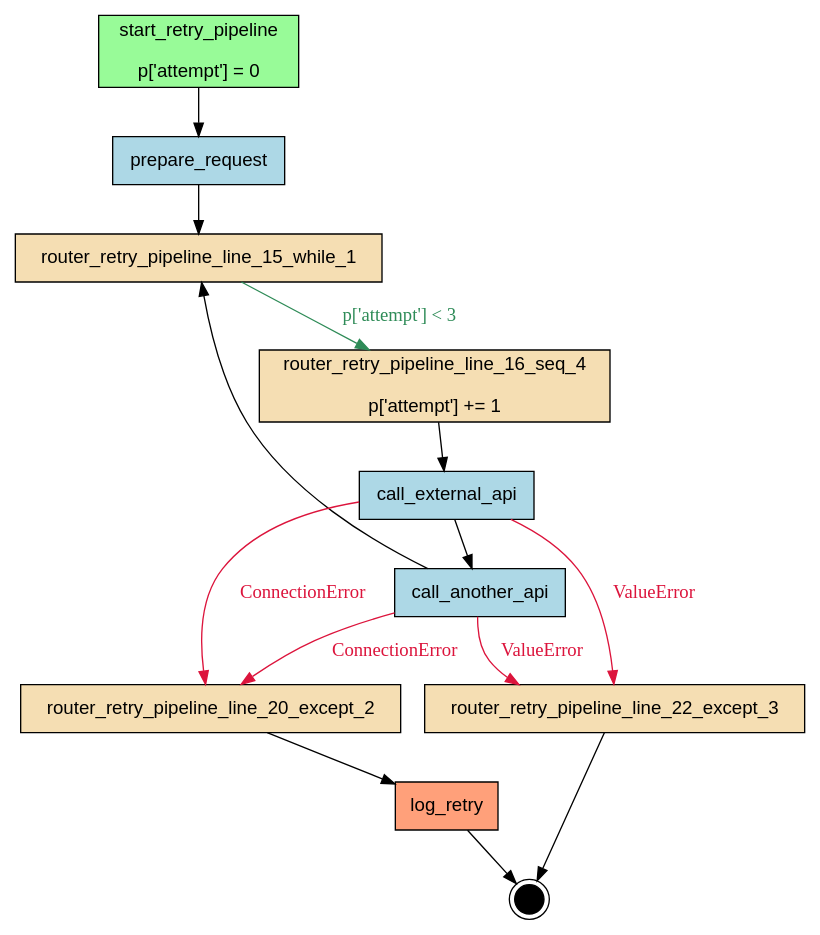
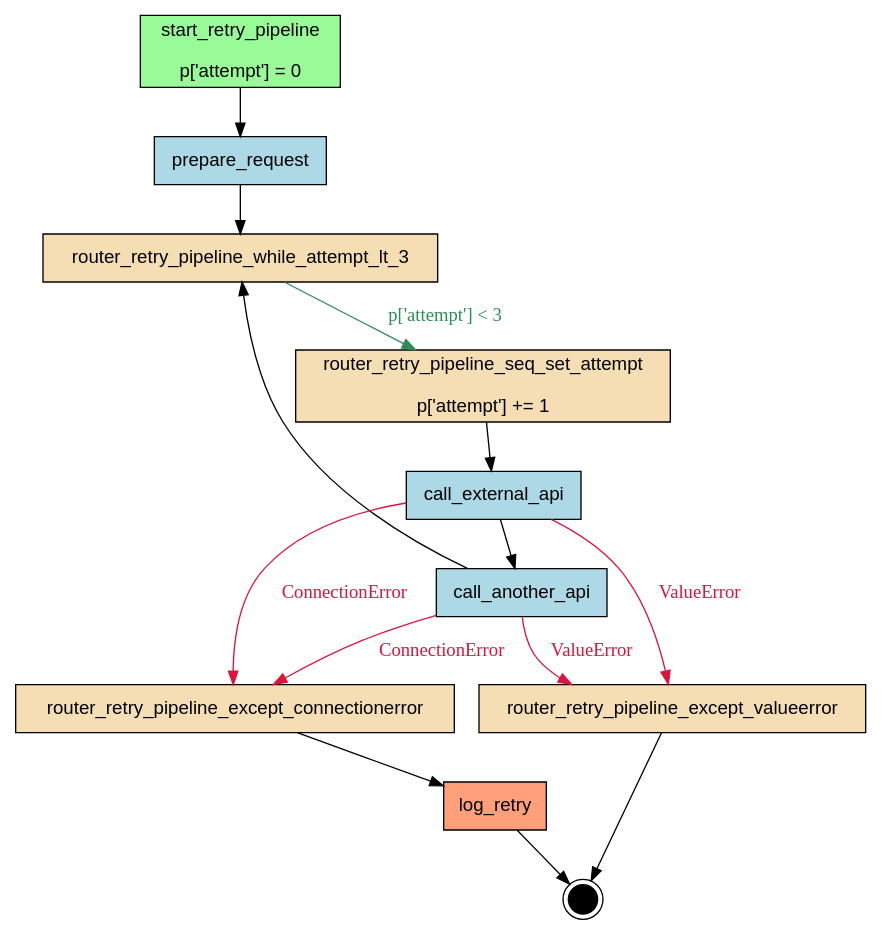
One commit to deliveryhero/asya changed the diagram in examples/flows/compiled/try_except_retry_loop/flow.dot. Above: the diagram before and after it, drawn with Graphviz. The commit also changed 1078 other files, not shown here.

First line of the commit message:
feat(compiler): semantic router naming — AST-based instead of line-number-based [tos9]

```diff
--- a/examples/flows/compiled/try_except_retry_loop/flow.dot
+++ b/examples/flows/compiled/try_except_retry_loop/flow.dot
@@ -1,32 +1,32 @@
 digraph "retry_pipeline" {
     rankdir=TB;
     node [shape=box, style=filled, fontname="Helvetica"];
 
     { rank=source; start_retry_pipeline; }
 
     call_another_api [label="call_another_api", fillcolor=lightblue];
     call_external_api [label="call_external_api", fillcolor=lightblue];
     log_retry [label="log_retry", fillcolor=lightsalmon];
     prepare_request [label="prepare_request", fillcolor=lightblue];
-    router_retry_pipeline_line_15_while_1 [label="router_retry_pipeline_line_15_while_1", fillcolor=wheat];
-    router_retry_pipeline_line_16_seq_4 [label="router_retry_pipeline_line_16_seq_4\n\np['attempt'] += 1", fillcolor=wheat];
-    router_retry_pipeline_line_20_except_2 [label="router_retry_pipeline_line_20_except_2", fillcolor=wheat];
-    router_retry_pipeline_line_22_except_3 [label="router_retry_pipeline_line_22_except_3", fillcolor=wheat];
+    router_retry_pipeline_except_connectionerror [label="router_retry_pipeline_except_connectionerror", fillcolor=wheat];
+    router_retry_pipeline_except_valueerror [label="router_retry_pipeline_except_valueerror", fillcolor=wheat];
+    router_retry_pipeline_seq_set_attempt [label="router_retry_pipeline_seq_set_attempt\n\np['attempt'] += 1", fillcolor=wheat];
+    router_retry_pipeline_while_attempt_lt_3 [label="router_retry_pipeline_while_attempt_lt_3", fillcolor=wheat];
     start_retry_pipeline [label="start_retry_pipeline\n\np['attempt'] = 0", fillcolor=palegreen];
 
     __end__ [label="", shape=doublecircle, fillcolor=black, width=0.3, fixedsize=true];
 
     start_retry_pipeline -> prepare_request;
-    prepare_request -> router_retry_pipeline_line_15_while_1;
-    router_retry_pipeline_line_20_except_2 -> log_retry;
-    router_retry_pipeline_line_16_seq_4 -> call_external_api;
+    prepare_request -> router_retry_pipeline_while_attempt_lt_3;
+    router_retry_pipeline_except_connectionerror -> log_retry;
+    router_retry_pipeline_seq_set_attempt -> call_external_api;
     call_external_api -> call_another_api;
-    router_retry_pipeline_line_15_while_1 -> router_retry_pipeline_line_16_seq_4 [label="p['attempt'] < 3", color="#2E8B57", fontcolor="#2E8B57"];
-    call_external_api -> router_retry_pipeline_line_20_except_2 [label="ConnectionError", color="#DC143C", fontcolor="#DC143C"];
-    call_external_api -> router_retry_pipeline_line_22_except_3 [label="ValueError", color="#DC143C", fontcolor="#DC143C"];
-    call_another_api -> router_retry_pipeline_line_20_except_2 [label="ConnectionError", color="#DC143C", fontcolor="#DC143C"];
-    call_another_api -> router_retry_pipeline_line_22_except_3 [label="ValueError", color="#DC143C", fontcolor="#DC143C"];
-    call_another_api -> router_retry_pipeline_line_15_while_1;
+    router_retry_pipeline_while_attempt_lt_3 -> router_retry_pipeline_seq_set_attempt [label="p['attempt'] < 3", color="#2E8B57", fontcolor="#2E8B57"];
+    call_external_api -> router_retry_pipeline_except_connectionerror [label="ConnectionError", color="#DC143C", fontcolor="#DC143C"];
+    call_external_api -> router_retry_pipeline_except_valueerror [label="ValueError", color="#DC143C", fontcolor="#DC143C"];
+    call_another_api -> router_retry_pipeline_except_connectionerror [label="ConnectionError", color="#DC143C", fontcolor="#DC143C"];
+    call_another_api -> router_retry_pipeline_except_valueerror [label="ValueError", color="#DC143C", fontcolor="#DC143C"];
+    call_another_api -> router_retry_pipeline_while_attempt_lt_3;
     log_retry -> __end__;
-    router_retry_pipeline_line_22_except_3 -> __end__;
+    router_retry_pipeline_except_valueerror -> __end__;
 }
```
